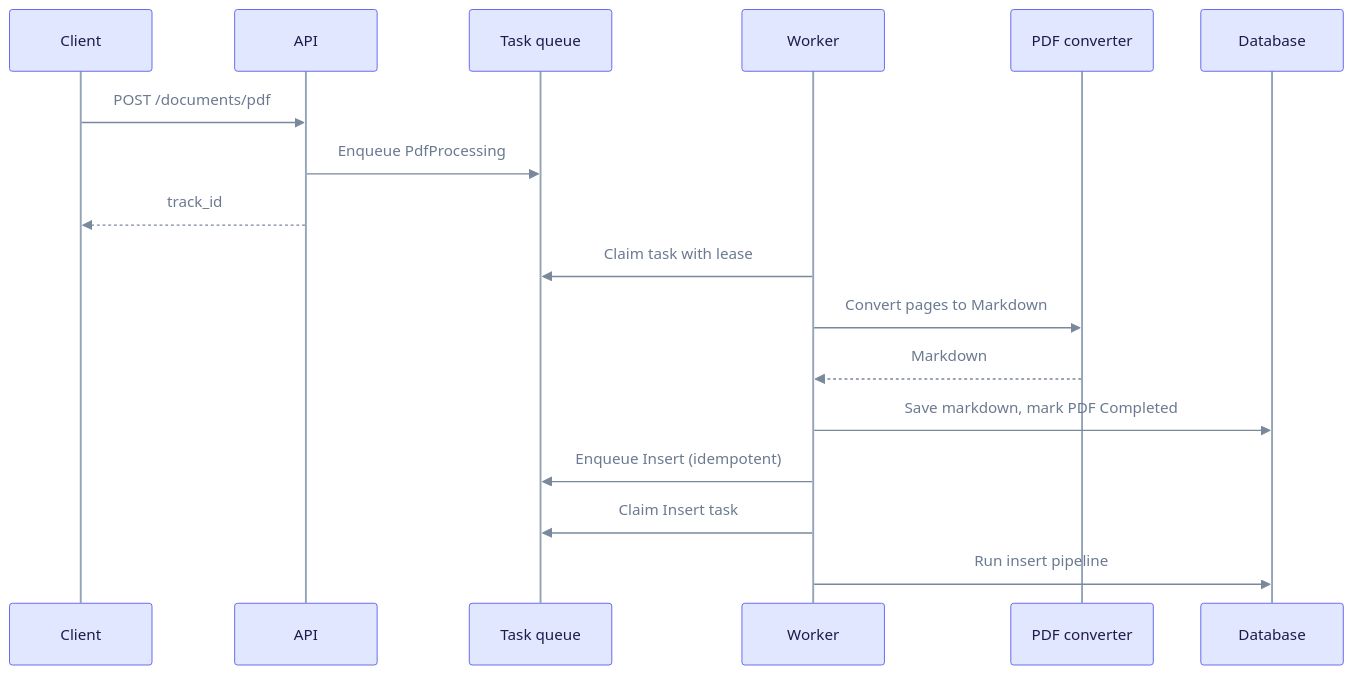
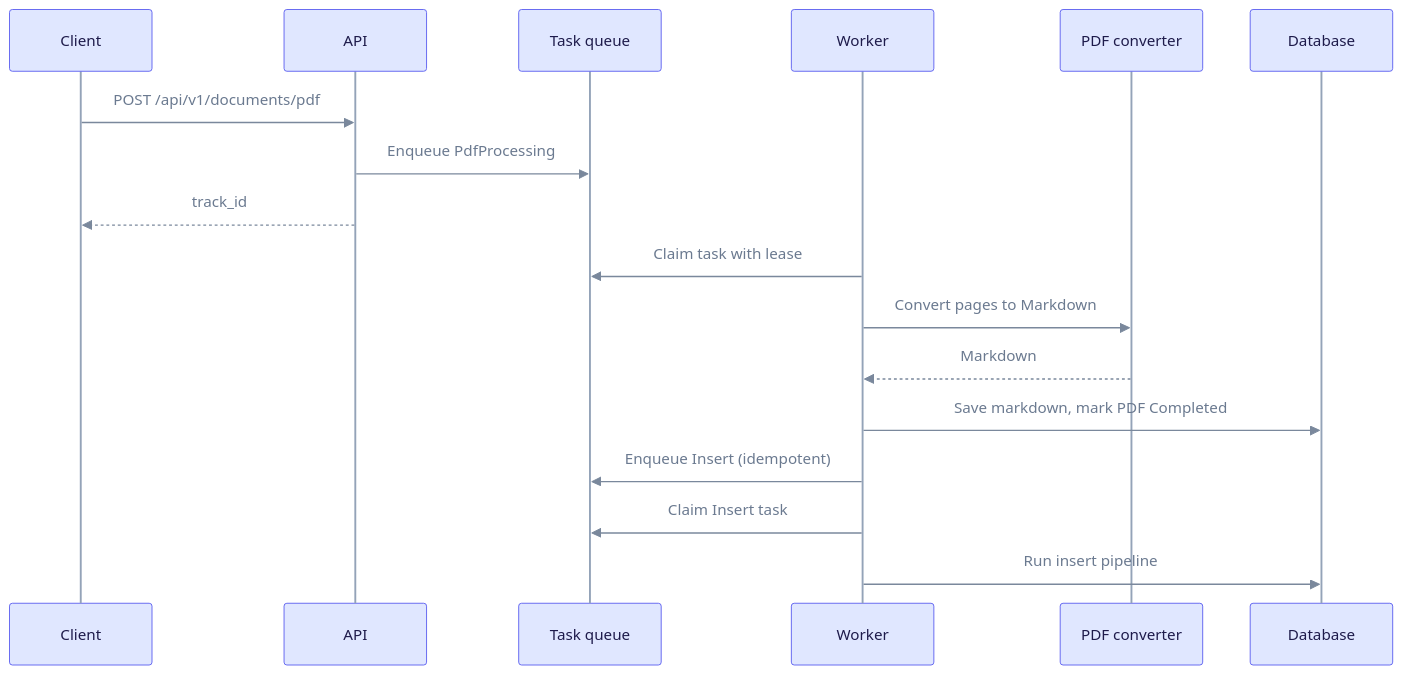
The third of 7 diagrams in docs/architecture/data-flow.md (raphaelmansuy/edgequake), drawn with Mermaid before and after one commit. The commit also changed other lines of this file and 194 other files, not shown here.

First line of the commit message:
Refresh docs against code and rebuild schema E/R as progressive steps

````diff
--- a/docs/architecture/data-flow.md
+++ b/docs/architecture/data-flow.md
@@ -79,21 +81,21 @@
 ```mermaid
 %%{init: {"theme":"base","themeVariables":{"primaryColor":"#E0E7FF","primaryBorderColor":"#6366F1","primaryTextColor":"#1E1B4B","secondaryColor":"#D1FAE5","secondaryBorderColor":"#10B981","secondaryTextColor":"#064E3B","tertiaryColor":"#FEF3C7","tertiaryBorderColor":"#F59E0B","tertiaryTextColor":"#6B7A90","lineColor":"#7A889C","clusterBkg":"rgba(99,102,241,0.07)","clusterBorder":"#A5B4FC","noteBkgColor":"#FEF9C3","noteTextColor":"#422006","textColor":"#6B7A90","titleColor":"#6B7A90","signalColor":"#7A889C","signalTextColor":"#6B7A90","loopTextColor":"#6B7A90","edgeLabelBackground":"#F1F5F9","actorLineColor":"#94A3B8"}}}%%
 %% eq-theme:v1
 sequenceDiagram
     participant C as Client
     participant A as API
     participant T as Task queue
     participant W as Worker
     participant P as PDF converter
     participant D as Database
-    C->>A: POST /documents/pdf
+    C->>A: POST /api/v1/documents/pdf
     A->>T: Enqueue PdfProcessing
     A-->>C: track_id
     W->>T: Claim task with lease
     W->>P: Convert pages to Markdown
     P-->>W: Markdown
     W->>D: Save markdown, mark PDF Completed
     W->>T: Enqueue Insert (idempotent)
     W->>T: Claim Insert task
     W->>D: Run insert pipeline
 ```
````
